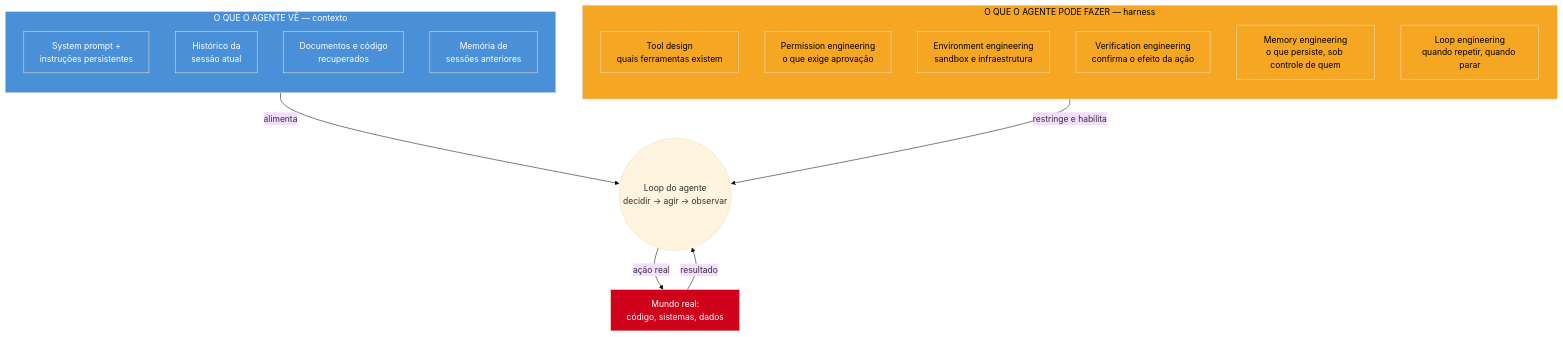
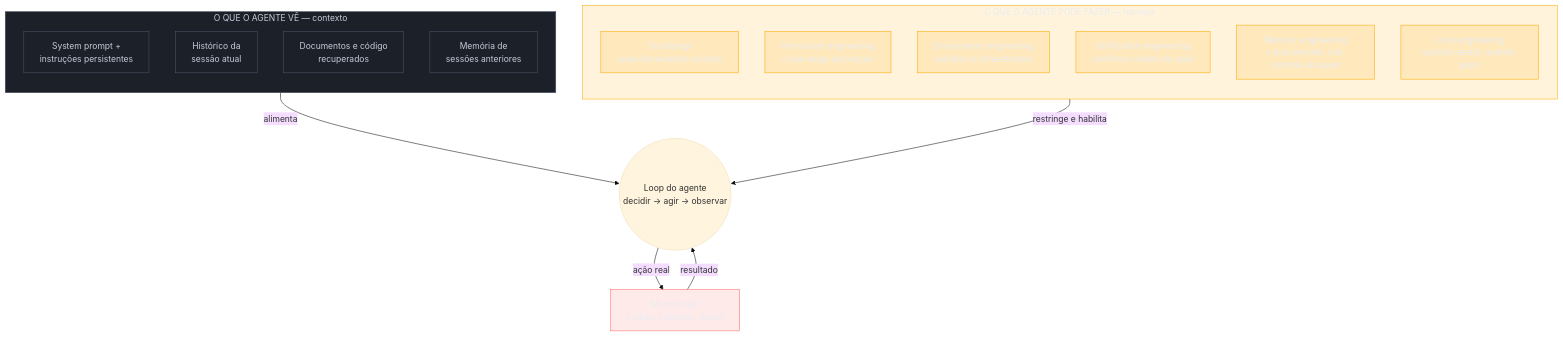
One commit to josenaldo/codex-technomanticus changed the diagram in 03-Dominios/Tecnologia/IA/Evolução da Engenharia de IA/04 - Context e harness — o ambiente vira o produto.md. Above: the diagram before and after it, drawn with Mermaid (base theme). The commit also changed 1181 other files, not shown here.

First line of the commit message:
fix(diagramas): paleta do sistema no lugar de cor cravada no markdown

````diff
--- a/03-Dominios/Tecnologia/IA/Evolução da Engenharia de IA/04 - Context e harness — o ambiente vira o produto.md
+++ b/03-Dominios/Tecnologia/IA/Evolução da Engenharia de IA/04 - Context e harness — o ambiente vira o produto.md
@@ -124,39 +124,42 @@
 ```mermaid
 flowchart TB
+    classDef neutro fill:#1B2029,stroke:#4E5666,color:#C6CCD8
+    classDef destaque fill:#FFAA0024,stroke:#FFAA00,color:#E9ECF2
+    classDef falha fill:#FF6B6B24,stroke:#FF6B6B,color:#E9ECF2
     subgraph CTX["O QUE O AGENTE VÊ — contexto"]
         direction TB
         C1["System prompt +<br/>instruções persistentes"]
         C2["Histórico da<br/>sessão atual"]
         C3["Documentos e código<br/>recuperados"]
         C4["Memória de<br/>sessões anteriores"]
     end
 
     subgraph HARN["O QUE O AGENTE PODE FAZER — harness"]
         direction TB
         H1["Tool design<br/>quais ferramentas existem"]
         H2["Permission engineering<br/>o que exige aprovação"]
         H3["Environment engineering<br/>sandbox e infraestrutura"]
         H4["Verification engineering<br/>confirma o efeito da ação"]
         H5["Memory engineering<br/>o que persiste, sob controle de quem"]
         H6["Loop engineering<br/>quando repetir, quando parar"]
     end
 
     CTX -->|alimenta| LOOP(("Loop do agente<br/>decidir → agir → observar"))
     HARN -->|restringe e habilita| LOOP
     LOOP -->|ação real| MUNDO["Mundo real:<br/>código, sistemas, dados"]
     MUNDO -->|resultado| LOOP
 
-    style CTX fill:#4A90D9,color:#fff
-    style C1 fill:#4A90D9,color:#fff
-    style C2 fill:#4A90D9,color:#fff
-    style C3 fill:#4A90D9,color:#fff
-    style C4 fill:#4A90D9,color:#fff
-    style HARN fill:#F5A623,color:#000
-    style H1 fill:#F5A623,color:#000
-    style H2 fill:#F5A623,color:#000
-    style H3 fill:#F5A623,color:#000
-    style H4 fill:#F5A623,color:#000
-    style H5 fill:#F5A623,color:#000
-    style H6 fill:#F5A623,color:#000
-    style MUNDO fill:#D0021B,color:#fff
+    class CTX neutro
+    class C1 neutro
+    class C2 neutro
+    class C3 neutro
+    class C4 neutro
+    class HARN destaque
+    class H1 destaque
+    class H2 destaque
+    class H3 destaque
+    class H4 destaque
+    class H5 destaque
+    class H6 destaque
+    class MUNDO falha
 ```
````
